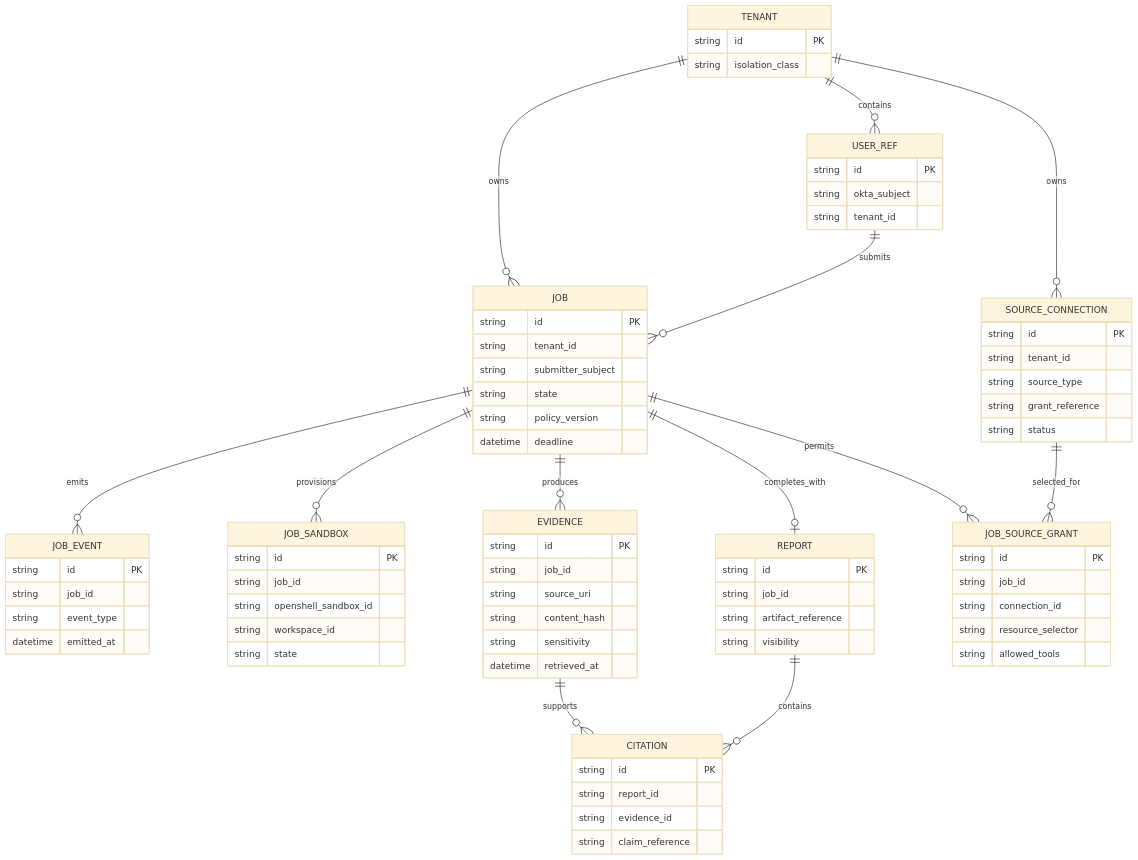
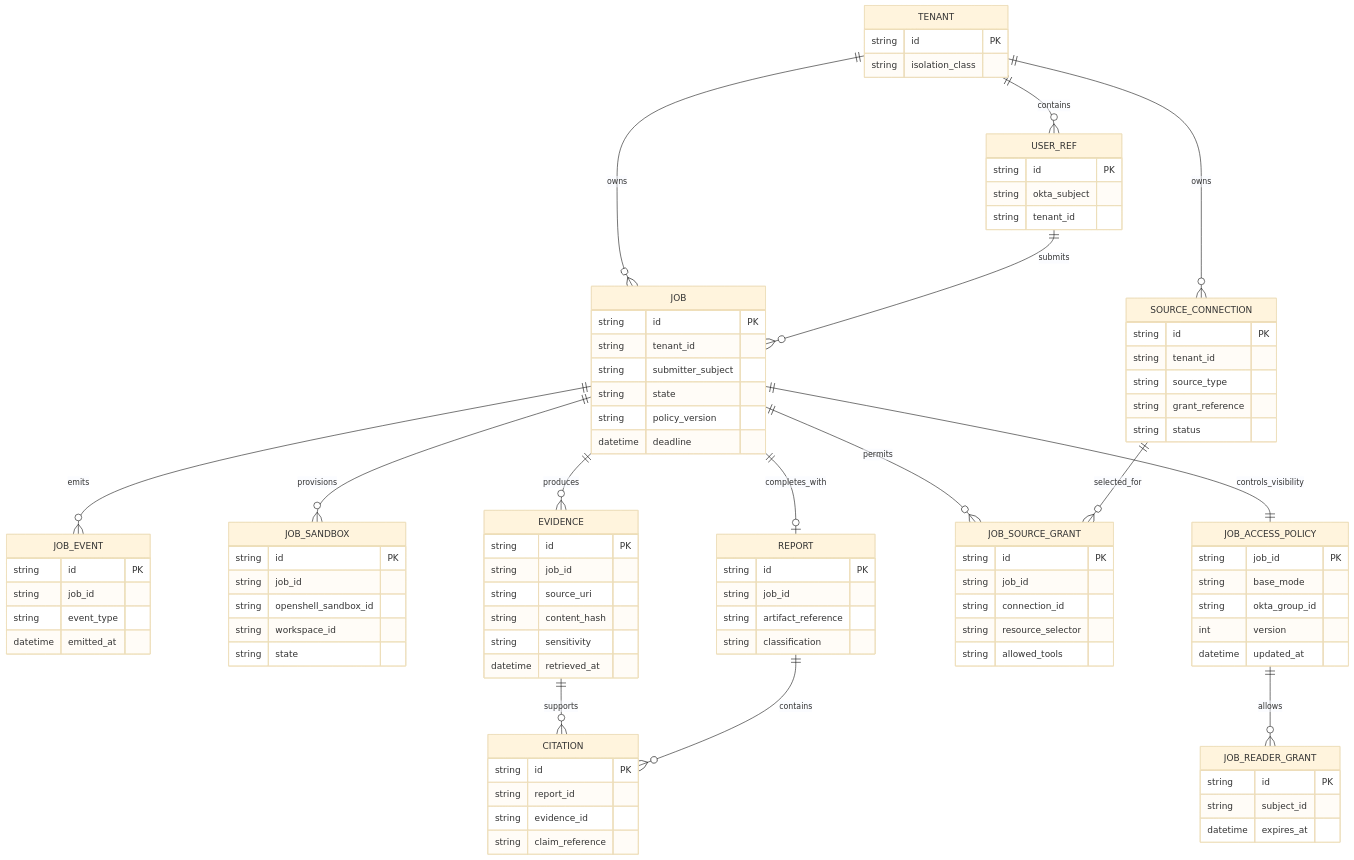
Before and after one commit to gvaibhav/openshell-deep-research-platform: the ninth of 11 diagrams in docs/architecture.md, drawn with Mermaid (base theme). The commit also changed other lines of this file and 41 other files, not shown here.

First line of the commit message:
Enhance job access control and evidence handling

```diff
--- a/docs/architecture.md
+++ b/docs/architecture.md
@@ -367,6 +368,8 @@
     JOB ||--o{ EVIDENCE : produces
     JOB ||--o| REPORT : completes_with
     JOB ||--o{ JOB_SOURCE_GRANT : permits
+    JOB ||--|| JOB_ACCESS_POLICY : controls_visibility
+    JOB_ACCESS_POLICY ||--o{ JOB_READER_GRANT : allows
     SOURCE_CONNECTION ||--o{ JOB_SOURCE_GRANT : selected_for
     EVIDENCE ||--o{ CITATION : supports
     REPORT ||--o{ CITATION : contains
@@ -415,6 +418,18 @@
       string resource_selector
       string allowed_tools
     }
+    JOB_ACCESS_POLICY {
+      string job_id PK
+      string base_mode
+      string okta_group_id
+      int version
+      datetime updated_at
+    }
+    JOB_READER_GRANT {
+      string id PK
+      string subject_id
+      datetime expires_at
+    }
     EVIDENCE {
       string id PK
       string job_id
@@ -427,7 +442,7 @@
       string id PK
       string job_id
       string artifact_reference
-      string visibility
+      string classification
     }
     CITATION {
       string id PK
```
